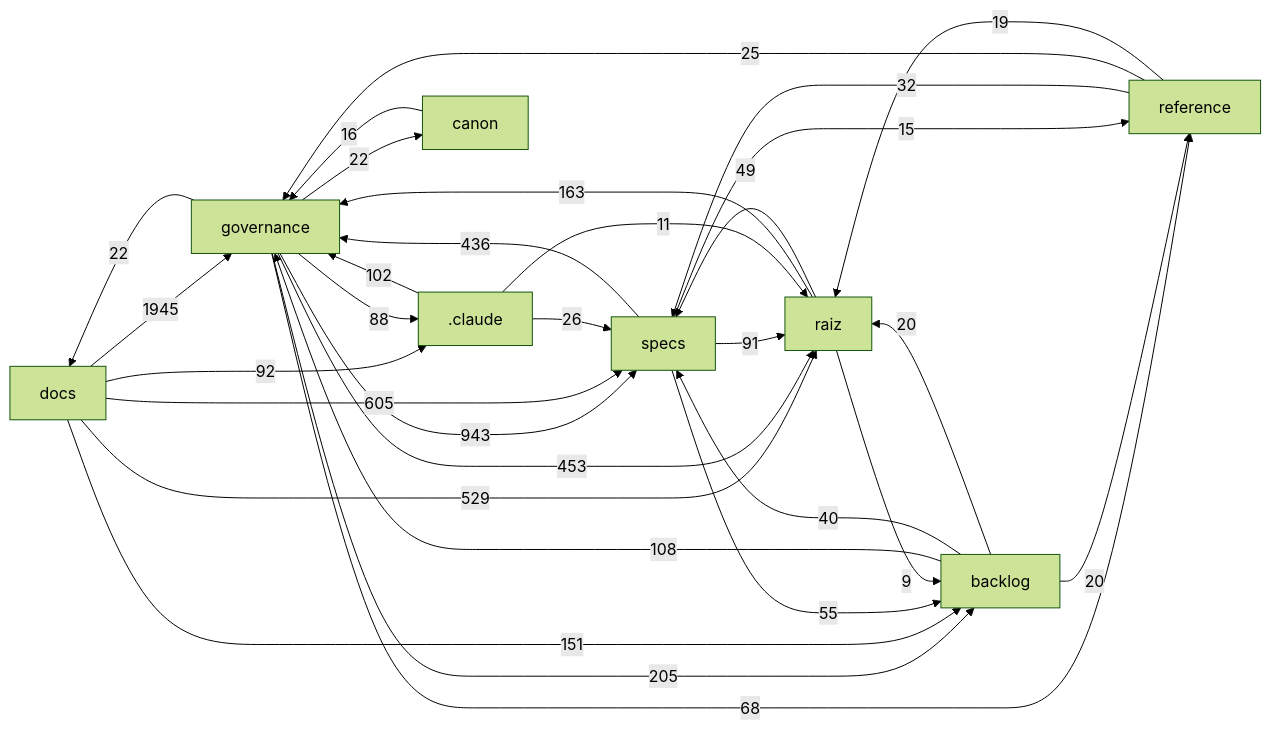
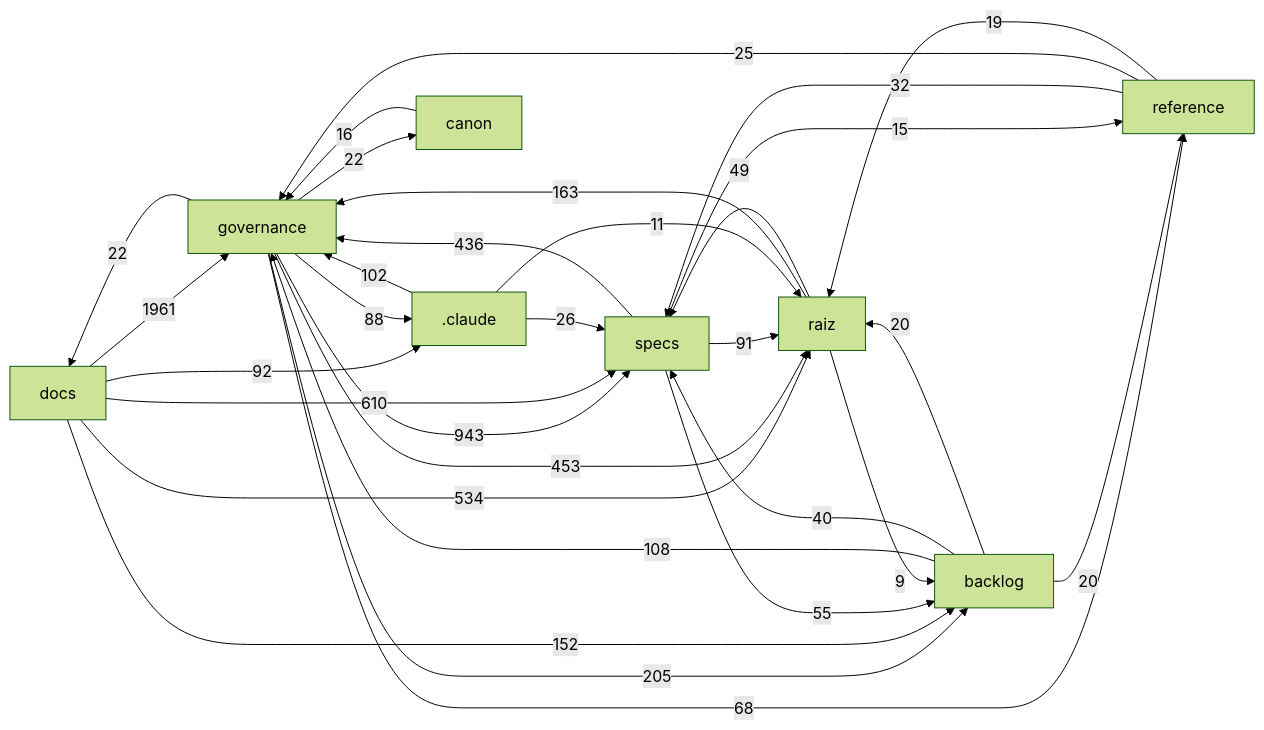
Before and after one commit to Andraus35/Sistema-Operacional-de-Trading--SOT: the diagram in docs/mapa/MAPA-PROJETO.md, drawn with Mermaid (forest theme). The commit also changed other lines of this file and 7 other files, not shown here.

````diff
--- a/docs/mapa/MAPA-PROJETO.md
+++ b/docs/mapa/MAPA-PROJETO.md
@@ -29,33 +29,33 @@
 ```mermaid
 flowchart LR
-  docs["docs"] -->|1945| governance["governance"]
+  docs["docs"] -->|1961| governance["governance"]
   governance["governance"] -->|943| specs["specs"]
-  docs["docs"] -->|605| specs["specs"]
-  docs["docs"] -->|529| raiz["raiz"]
+  docs["docs"] -->|610| specs["specs"]
+  docs["docs"] -->|534| raiz["raiz"]
   governance["governance"] -->|453| raiz["raiz"]
   specs["specs"] -->|436| governance["governance"]
   governance["governance"] -->|205| backlog["backlog"]
   raiz["raiz"] -->|163| governance["governance"]
-  docs["docs"] -->|151| backlog["backlog"]
+  docs["docs"] -->|152| backlog["backlog"]
   backlog["backlog"] -->|108| governance["governance"]
   _claude[".claude"] -->|102| governance["governance"]
   docs["docs"] -->|92| _claude[".claude"]
   specs["specs"] -->|91| raiz["raiz"]
   governance["governance"] -->|88| _claude[".claude"]
   governance["governance"] -->|68| reference["reference"]
   specs["specs"] -->|55| backlog["backlog"]
   raiz["raiz"] -->|49| specs["specs"]
   backlog["backlog"] -->|40| specs["specs"]
   reference["reference"] -->|32| specs["specs"]
   _claude[".claude"] -->|26| specs["specs"]
   reference["reference"] -->|25| governance["governance"]
   governance["governance"] -->|22| docs["docs"]
   governance["governance"] -->|22| canon["canon"]
   backlog["backlog"] -->|20| raiz["raiz"]
   backlog["backlog"] -->|20| reference["reference"]
   reference["reference"] -->|19| raiz["raiz"]
   canon["canon"] -->|16| governance["governance"]
   specs["specs"] -->|15| reference["reference"]
   _claude[".claude"] -->|11| raiz["raiz"]
   raiz["raiz"] -->|9| backlog["backlog"]
 ```
````
